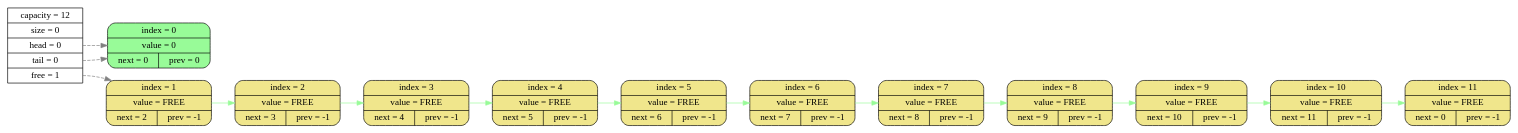
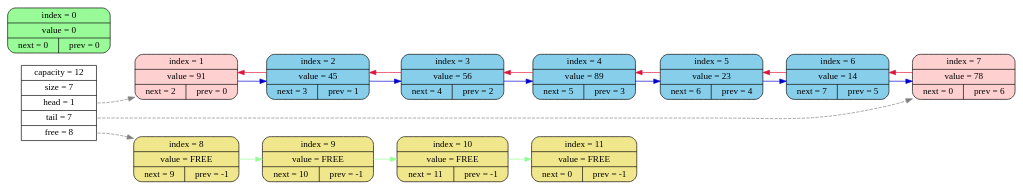
One commit to esgalimov/list changed the diagram in tmp/graphiz.dot. Above: the diagram before and after it, drawn with Graphviz. The commit also changed 20 other files, not shown here.

```diff
--- a/tmp/graphiz.dot
+++ b/tmp/graphiz.dot
@@ -1,43 +1,48 @@
 digraph
 {
     rankdir = LR;
-    node_info[shape = record, label = "{{capacity = 12 | size = 0 | <f0> head = 0 | <f1> tail = 0 | <f2> free = 1}}"];
+    node_info[shape = record, label = "{{capacity = 12 | size = 7 | <f0> head = 1 | <f1> tail = 7 | <f2> free = 8}}"];
 
     node0[shape = Mrecord, label = "{index = 0} | {value = 0} | {next = 0 | prev = 0}",
             style="filled", fillcolor="#98FB98"];
-    node1[shape = Mrecord, label = "{index = 1} | {value = FREE} | {next = 2 | prev = -1}",
-            style="filled", fillcolor="#F0E68C"];
-    node2[shape = Mrecord, label = "{index = 2} | {value = FREE} | {next = 3 | prev = -1}",
-            style="filled", fillcolor="#F0E68C"];
-    node3[shape = Mrecord, label = "{index = 3} | {value = FREE} | {next = 4 | prev = -1}",
-            style="filled", fillcolor="#F0E68C"];
-    node4[shape = Mrecord, label = "{index = 4} | {value = FREE} | {next = 5 | prev = -1}",
-            style="filled", fillcolor="#F0E68C"];
-    node5[shape = Mrecord, label = "{index = 5} | {value = FREE} | {next = 6 | prev = -1}",
-            style="filled", fillcolor="#F0E68C"];
-    node6[shape = Mrecord, label = "{index = 6} | {value = FREE} | {next = 7 | prev = -1}",
-            style="filled", fillcolor="#F0E68C"];
-    node7[shape = Mrecord, label = "{index = 7} | {value = FREE} | {next = 8 | prev = -1}",
-            style="filled", fillcolor="#F0E68C"];
+    node1[shape = Mrecord, label = "{index = 1} | {value = 91} | {next = 2 | prev = 0}",
+            style="filled", fillcolor="#FFD0D0"];
+    node2[shape = Mrecord, label = "{index = 2} | {value = 45} | {next = 3 | prev = 1}",
+            style="filled", fillcolor="#87CEEB"];
+    node3[shape = Mrecord, label = "{index = 3} | {value = 56} | {next = 4 | prev = 2}",
+            style="filled", fillcolor="#87CEEB"];
+    node4[shape = Mrecord, label = "{index = 4} | {value = 89} | {next = 5 | prev = 3}",
+            style="filled", fillcolor="#87CEEB"];
+    node5[shape = Mrecord, label = "{index = 5} | {value = 23} | {next = 6 | prev = 4}",
+            style="filled", fillcolor="#87CEEB"];
+    node6[shape = Mrecord, label = "{index = 6} | {value = 14} | {next = 7 | prev = 5}",
+            style="filled", fillcolor="#87CEEB"];
+    node7[shape = Mrecord, label = "{index = 7} | {value = 78} | {next = 0 | prev = 6}",
+            style="filled", fillcolor="#FFD0D0"];
     node8[shape = Mrecord, label = "{index = 8} | {value = FREE} | {next = 9 | prev = -1}",
             style="filled", fillcolor="#F0E68C"];
     node9[shape = Mrecord, label = "{index = 9} | {value = FREE} | {next = 10 | prev = -1}",
             style="filled", fillcolor="#F0E68C"];
     node10[shape = Mrecord, label = "{index = 10} | {value = FREE} | {next = 11 | prev = -1}",
             style="filled", fillcolor="#F0E68C"];
     node11[shape = Mrecord, label = "{index = 11} | {value = FREE} | {next = 0 | prev = -1}",
             style="filled", fillcolor="#F0E68C"];
-    node1->node2 [color = "#98FB98"];
-    node2->node3 [color = "#98FB98"];
-    node3->node4 [color = "#98FB98"];
-    node4->node5 [color = "#98FB98"];
-    node5->node6 [color = "#98FB98"];
-    node6->node7 [color = "#98FB98"];
-    node7->node8 [color = "#98FB98"];
+    node1->node2 [color = "#0000CD"];
+    node2->node1 [color = "#DC143C"];
+    node2->node3 [color = "#0000CD"];
+    node3->node2 [color = "#DC143C"];
+    node3->node4 [color = "#0000CD"];
+    node4->node3 [color = "#DC143C"];
+    node4->node5 [color = "#0000CD"];
+    node5->node4 [color = "#DC143C"];
+    node5->node6 [color = "#0000CD"];
+    node6->node5 [color = "#DC143C"];
+    node6->node7 [color = "#0000CD"];
+    node7->node6 [color = "#DC143C"];
     node8->node9 [color = "#98FB98"];
     node9->node10 [color = "#98FB98"];
     node10->node11 [color = "#98FB98"];
-    node_info:<f0>->node0 [color = "gray", style="dashed"];
-    node_info:<f1>->node0 [color = "gray", style="dashed"];
-    node_info:<f2>->node1 [color = "gray", style="dashed"];
+    node_info:<f0>->node1 [color = "gray", style="dashed"];
+    node_info:<f1>->node7 [color = "gray", style="dashed"];
+    node_info:<f2>->node8 [color = "gray", style="dashed"];
 }
```
